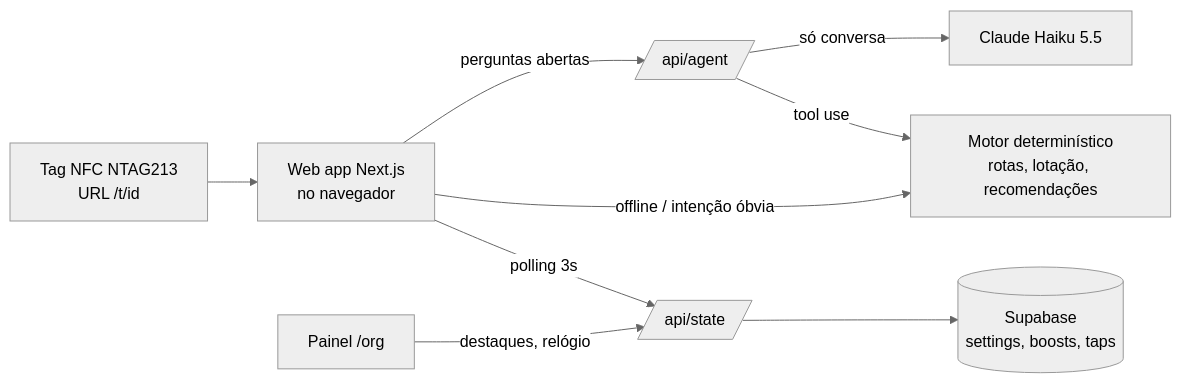
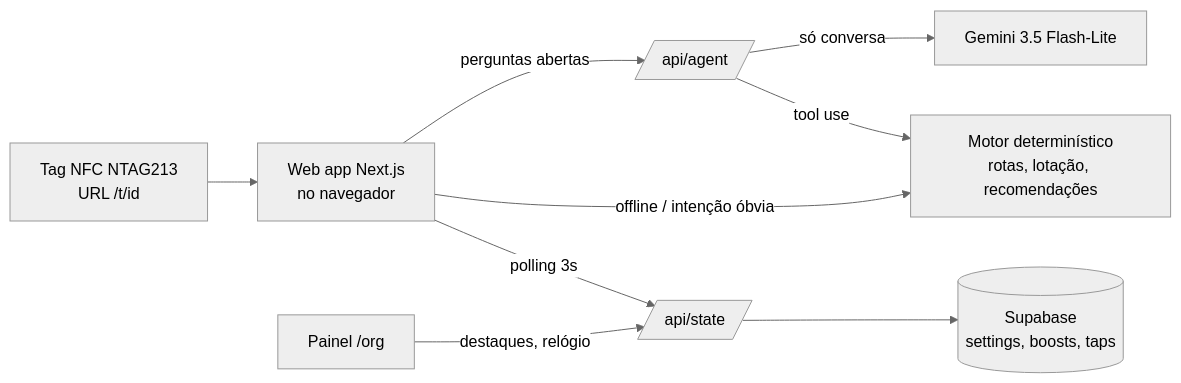
One commit to paulpessoa/recpass changed the diagram in docs/02-solucao-e-arquitetura.md. Above: the diagram before and after it, drawn with Mermaid (neutral theme). The commit also changed other lines of this file and 13 other files, not shown here.

First line of the commit message:
Agente no Gemini 3.5 Flash-Lite; Moinho, Paço Alfândega e Cais do Sertão com andares e circulação

````diff
--- a/docs/02-solucao-e-arquitetura.md
+++ b/docs/02-solucao-e-arquitetura.md
@@ -28,11 +28,11 @@
 ```mermaid
 flowchart LR
   Tag[Tag NFC NTAG213<br/>URL /t/id] --> App[Web app Next.js<br/>no navegador]
   App -->|polling 3s| State[/api/state/]
   State --> SB[(Supabase<br/>settings, boosts, taps)]
   Org[Painel /org] -->|destaques, relógio| State
   App -->|perguntas abertas| Agent[/api/agent/]
   Agent -->|tool use| Engine[Motor determinístico<br/>rotas, lotação, recomendações]
-  Agent -->|só conversa| Haiku[Claude Haiku 5.5]
+  Agent -->|só conversa| Gemini[Gemini 3.5 Flash-Lite]
   App -->|offline / intenção óbvia| Engine
 ```
````
